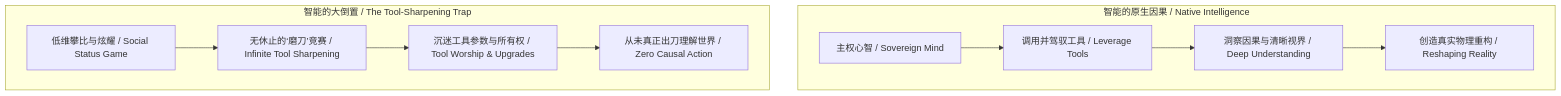
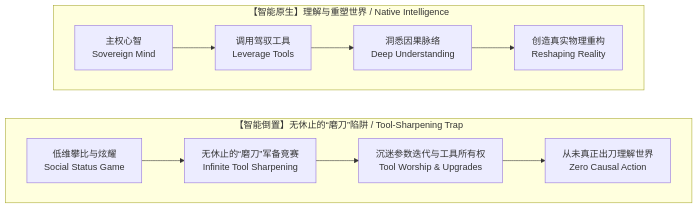
One commit to powerpig99/not-a-toe changed the sixth of 7 diagrams in content/posts/the-dissolution-of-the-great-reversal.md. Above: the diagram before and after it, drawn with Mermaid. The commit also changed other lines of this file, not shown here.

Commit message:
Optimize Post #314 Mermaid diagrams: enforce strict vertical stacking and compact multiline labels

````diff
--- a/content/posts/the-dissolution-of-the-great-reversal.md
+++ b/content/posts/the-dissolution-of-the-great-reversal.md
@@ -140,13 +154,16 @@
 ```mermaid
 flowchart TB
-    subgraph NativeI["智能的原生因果 / Native Intelligence"]
-        M0["主权心智 / Sovereign Mind"] --> T0["调用并驾驭工具 / Leverage Tools"]
-        T0 --> U0["洞察因果与清晰视界 / Deep Understanding"]
-        U0 --> W0["创造真实物理重构 / Reshaping Reality"]
+    subgraph NativeI["【智能原生】理解与重塑世界 / Native Intelligence"]
+        M0["主权心智<br/>Sovereign Mind"] --> T0["调用驾驭工具<br/>Leverage Tools"]
+        T0 --> U0["洞悉因果脉络<br/>Deep Understanding"]
+        U0 --> W0["创造真实物理重构<br/>Reshaping Reality"]
     end
-    subgraph ReversalI["智能的大倒置 / The Tool-Sharpening Trap"]
-        C0["低维攀比与炫耀 / Social Status Game"] --> S0["无休止的‘磨刀’竞赛 / Infinite Tool Sharpening"]
-        S0 --> E0["沉迷工具参数与所有权 / Tool Worship & Upgrades"]
-        E0 --> V0["从未真正出刀理解世界 / Zero Causal Action"]
+
+    NativeI ~~~ ReversalI
+
+    subgraph ReversalI["【智能倒置】无休止的“磨刀”陷阱 / Tool-Sharpening Trap"]
+        C0["低维攀比与炫耀<br/>Social Status Game"] --> S0["无休止的“磨刀”军备竞赛<br/>Infinite Tool Sharpening"]
+        S0 --> E0["沉迷参数迭代与工具所有权<br/>Tool Worship & Upgrades"]
+        E0 --> V0["从未真正出刀理解世界<br/>Zero Causal Action"]
     end
 ```
````
